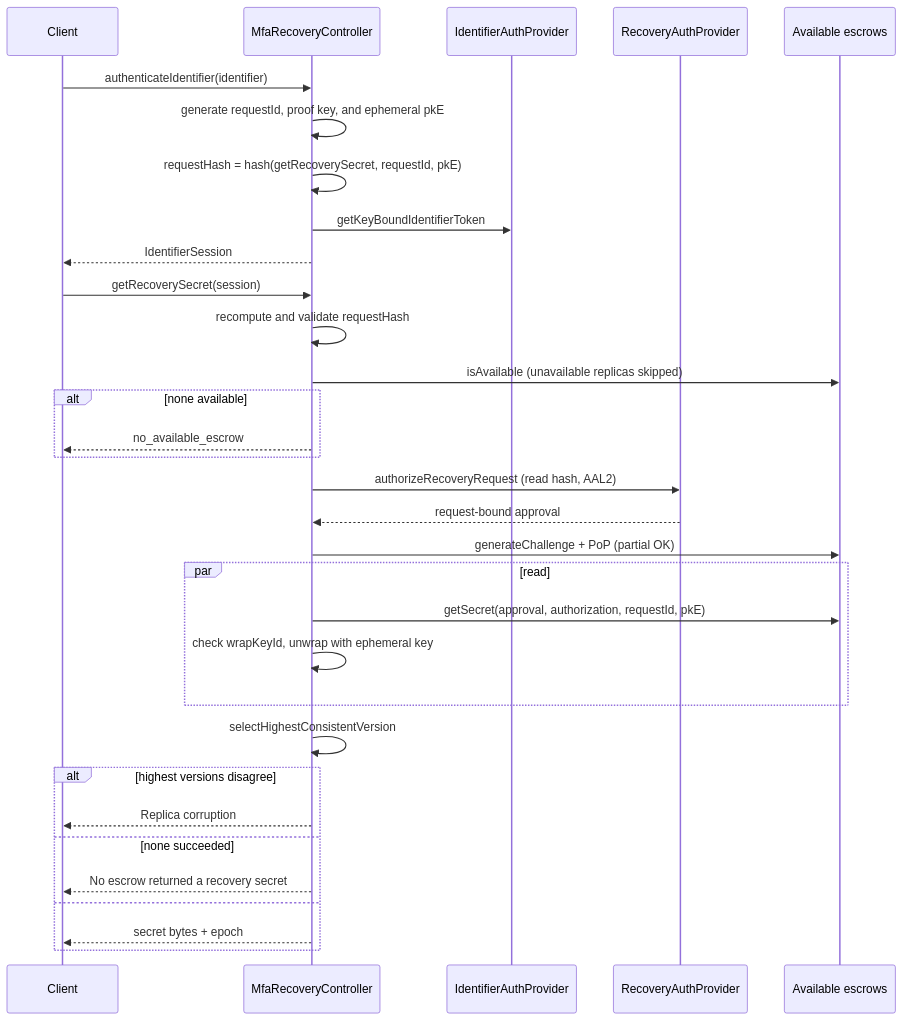
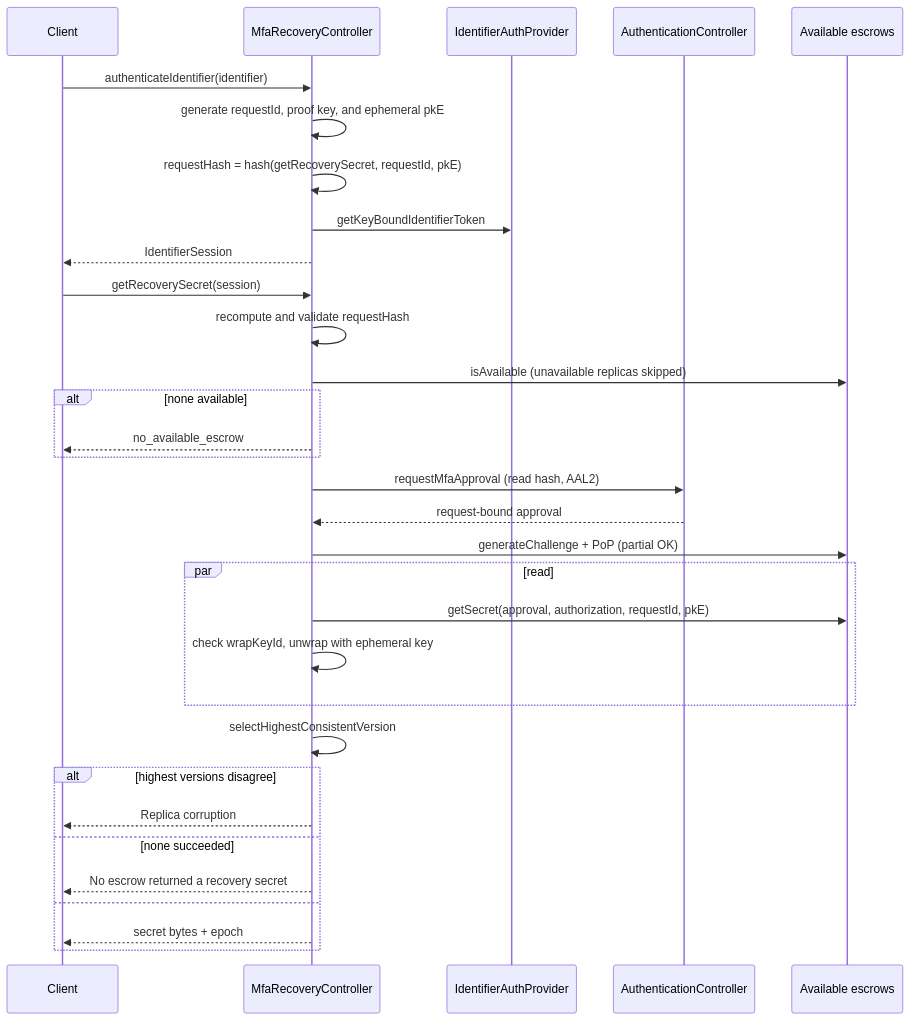
One commit to MetaMask/core changed the fourth of 5 diagrams in packages/mfa-recovery-controller/ARCHITECTURE.md. Above: the diagram before and after it, drawn with Mermaid. The commit also changed other lines of this file and 17 other files, not shown here.

First line of the commit message:
feat(mfa-recovery-controller): integrate AuthenticationController for MFA approvals

````diff
--- a/packages/mfa-recovery-controller/ARCHITECTURE.md
+++ b/packages/mfa-recovery-controller/ARCHITECTURE.md
@@ -258,35 +276,35 @@
 ```mermaid
 sequenceDiagram
   participant C as Client
   participant M as MfaRecoveryController
   participant I as IdentifierAuthProvider
-  participant A as RecoveryAuthProvider
+  participant A as AuthenticationController
   participant E as Available escrows
 
   C->>M: authenticateIdentifier(identifier)
   M->>M: generate requestId, proof key, and ephemeral pkE
   M->>M: requestHash = hash(getRecoverySecret, requestId, pkE)
   M->>I: getKeyBoundIdentifierToken
   M-->>C: IdentifierSession
   C->>M: getRecoverySecret(session)
   M->>M: recompute and validate requestHash
   M->>E: isAvailable (unavailable replicas skipped)
   alt none available
     M-->>C: no_available_escrow
   end
-  M->>A: authorizeRecoveryRequest (read hash, AAL2)
+  M->>A: requestMfaApproval (read hash, AAL2)
   A-->>M: request-bound approval
   M->>E: generateChallenge + PoP (partial OK)
   par read
     M->>E: getSecret(approval, authorization, requestId, pkE)
     M->>M: check wrapKeyId, unwrap with ephemeral key
   end
   M->>M: selectHighestConsistentVersion
   alt highest versions disagree
     M-->>C: Replica corruption
   else none succeeded
     M-->>C: No escrow returned a recovery secret
   else
     M-->>C: secret bytes + epoch
   end
 ```
````
